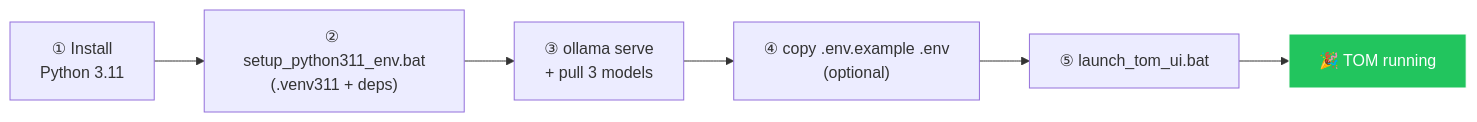
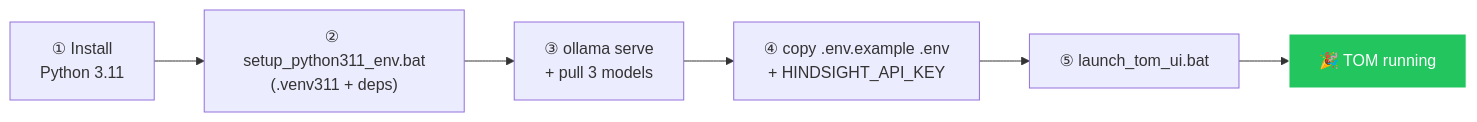
The third of 6 diagrams in README.md (Rajeshponnapure/TOM), drawn with Mermaid before and after one commit. The commit also changed other lines of this file and 19 other files, not shown here.

````diff
--- a/README.md
+++ b/README.md
@@ -448,10 +508,10 @@
 ```mermaid
 flowchart LR
     A["① Install<br/>Python 3.11"] --> B["② setup_python311_env.bat<br/>(.venv311 + deps)"]
     B --> C["③ ollama serve<br/>+ pull 3 models"]
-    C --> D["④ copy .env.example .env<br/>(optional)"]
+    C --> D["④ copy .env.example .env<br/>+ HINDSIGHT_API_KEY"]
     D --> E["⑤ launch_tom_ui.bat"]
     E --> F["🎉 TOM running"]
     classDef done fill:#22C55E,stroke:#fff,color:#fff
     class F done
 ```
````
